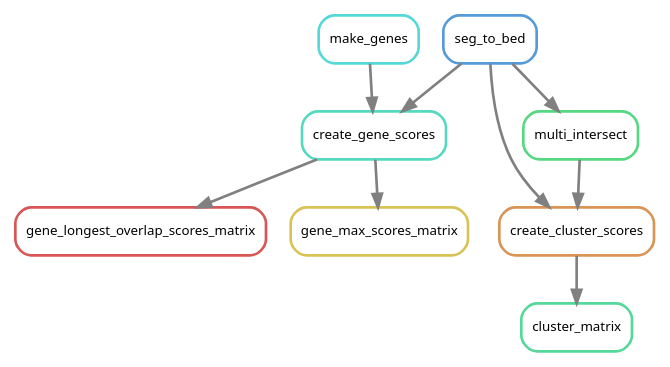
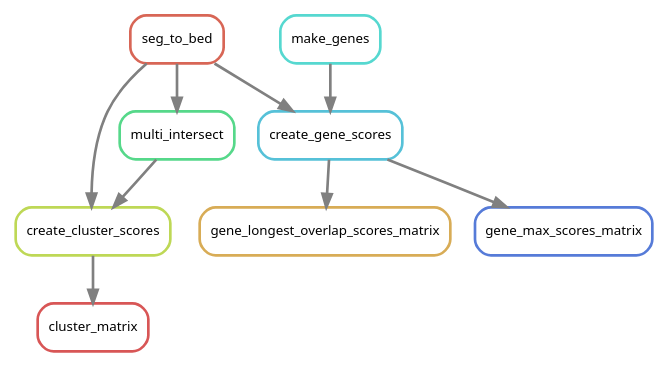
The diagram in doc/source/images/cnv.dot (NCBI-Hackathons/Pharmacogenomics_Prediction_Pipeline_P3), drawn with Graphviz before and after one commit. The commit also changed 25 other files, not shown here.

```diff
--- a/doc/source/images/cnv.dot
+++ b/doc/source/images/cnv.dot
@@ -1,21 +1,21 @@
 digraph snakemake_dag {
     graph[bgcolor=white, margin=0];
     node[shape=box, style=rounded, fontname=sans,                 fontsize=10, penwidth=2];
     edge[penwidth=2, color=grey];
-	0[label = "make_genes", color = "0.50 0.6 0.85", style="rounded"];
-	1[label = "gene_longest_overlap_scores_matrix", color = "0.00 0.6 0.85", style="rounded"];
-	2[label = "cluster_matrix", color = "0.42 0.6 0.85", style="rounded"];
-	3[label = "create_cluster_scores", color = "0.08 0.6 0.85", style="rounded"];
-	4[label = "gene_max_scores_matrix", color = "0.14 0.6 0.85", style="rounded"];
-	5[label = "seg_to_bed", color = "0.58 0.6 0.85", style="rounded"];
-	6[label = "multi_intersect", color = "0.39 0.6 0.85", style="rounded"];
-	7[label = "create_gene_scores", color = "0.47 0.6 0.85", style="rounded"];
-	7 -> 1
-	3 -> 2
+	0[label = "seg_to_bed", color = "0.02 0.6 0.85", style="rounded"];
+	1[label = "cluster_matrix", color = "0.00 0.6 0.85", style="rounded"];
+	2[label = "make_genes", color = "0.49 0.6 0.85", style="rounded"];
+	3[label = "create_cluster_scores", color = "0.20 0.6 0.85", style="rounded"];
+	4[label = "create_gene_scores", color = "0.53 0.6 0.85", style="rounded"];
+	5[label = "multi_intersect", color = "0.40 0.6 0.85", style="rounded"];
+	6[label = "gene_longest_overlap_scores_matrix", color = "0.11 0.6 0.85", style="rounded"];
+	7[label = "gene_max_scores_matrix", color = "0.62 0.6 0.85", style="rounded"];
+	3 -> 1
+	0 -> 3
 	5 -> 3
-	6 -> 3
-	7 -> 4
-	5 -> 6
-	5 -> 7
-	0 -> 7
+	0 -> 4
+	2 -> 4
+	0 -> 5
+	4 -> 6
+	4 -> 7
 }            
```
